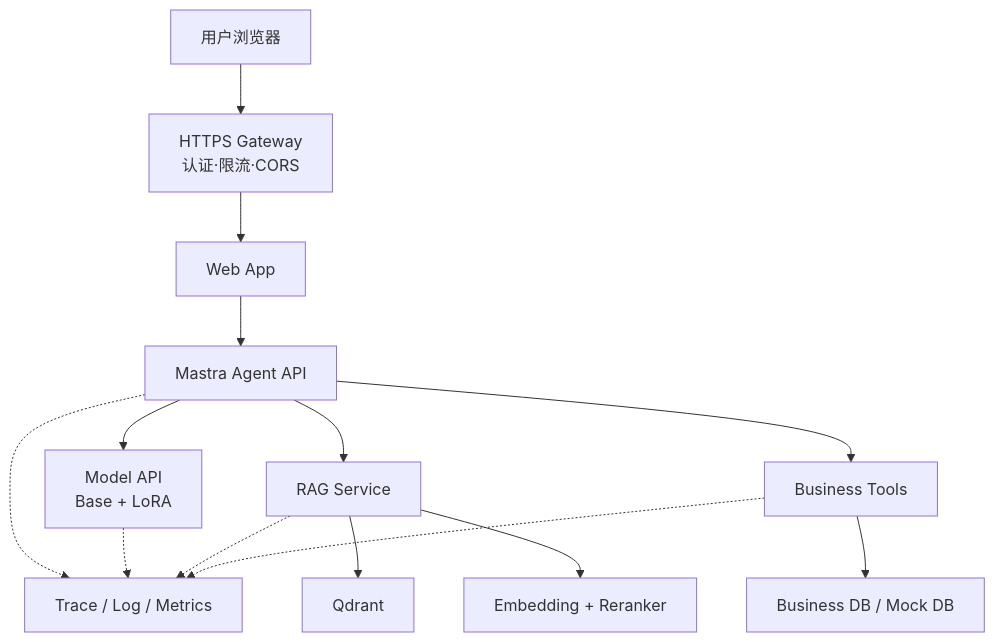
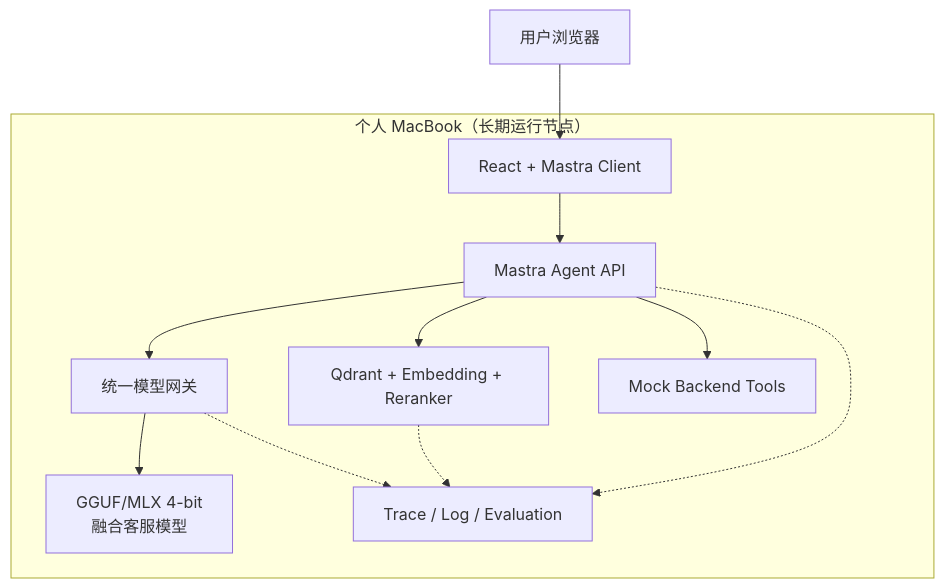
One commit to gn57-ux/qwen-customer-service-agent changed the second of 2 diagrams in docs/商业化训练部署与前端改造指导方案.md. Above: the diagram before and after it, drawn with Mermaid. The commit also changed other lines of this file, not shown here.

Commit message:
docs: finalize temporary GPU and Mac deployment plan

````diff
--- a/docs/商业化训练部署与前端改造指导方案.md
+++ b/docs/商业化训练部署与前端改造指导方案.md
@@ -173,19 +184,22 @@
 ```mermaid
 flowchart TB
-    USER["用户浏览器"] --> GATEWAY["HTTPS Gateway<br/>认证·限流·CORS"]
-    GATEWAY --> WEB["Web App"]
-    WEB --> AGENT["Mastra Agent API"]
+    subgraph MAC["个人 MacBook（长期运行节点）"]
+        WEB["React + Mastra Client"]
+        AGENT["Mastra Agent API"]
+        GATEWAY["统一模型网关"]
+        LOCAL["GGUF/MLX 4-bit<br/>融合客服模型"]
+        RAG["Qdrant + Embedding + Reranker"]
+        TOOLS["Mock Backend Tools"]
+        OBS["Trace / Log / Evaluation"]
+    end
 
-    AGENT --> MODEL["Model API<br/>Base + LoRA"]
-    AGENT --> RAG["RAG Service"]
-    AGENT --> TOOLS["Business Tools"]
-
-    RAG --> QDRANT["Qdrant"]
-    RAG --> RERANK["Embedding + Reranker"]
-    TOOLS --> DB["Business DB / Mock DB"]
-
-    AGENT -.-> OBS["Trace / Log / Metrics"]
-    MODEL -.-> OBS
+    USER["用户浏览器"] --> WEB
+    WEB --> AGENT
+    AGENT --> GATEWAY
+    GATEWAY --> LOCAL
+    AGENT --> RAG
+    AGENT --> TOOLS
+    AGENT -.-> OBS
+    GATEWAY -.-> OBS
     RAG -.-> OBS
-    TOOLS -.-> OBS
 ```
````
